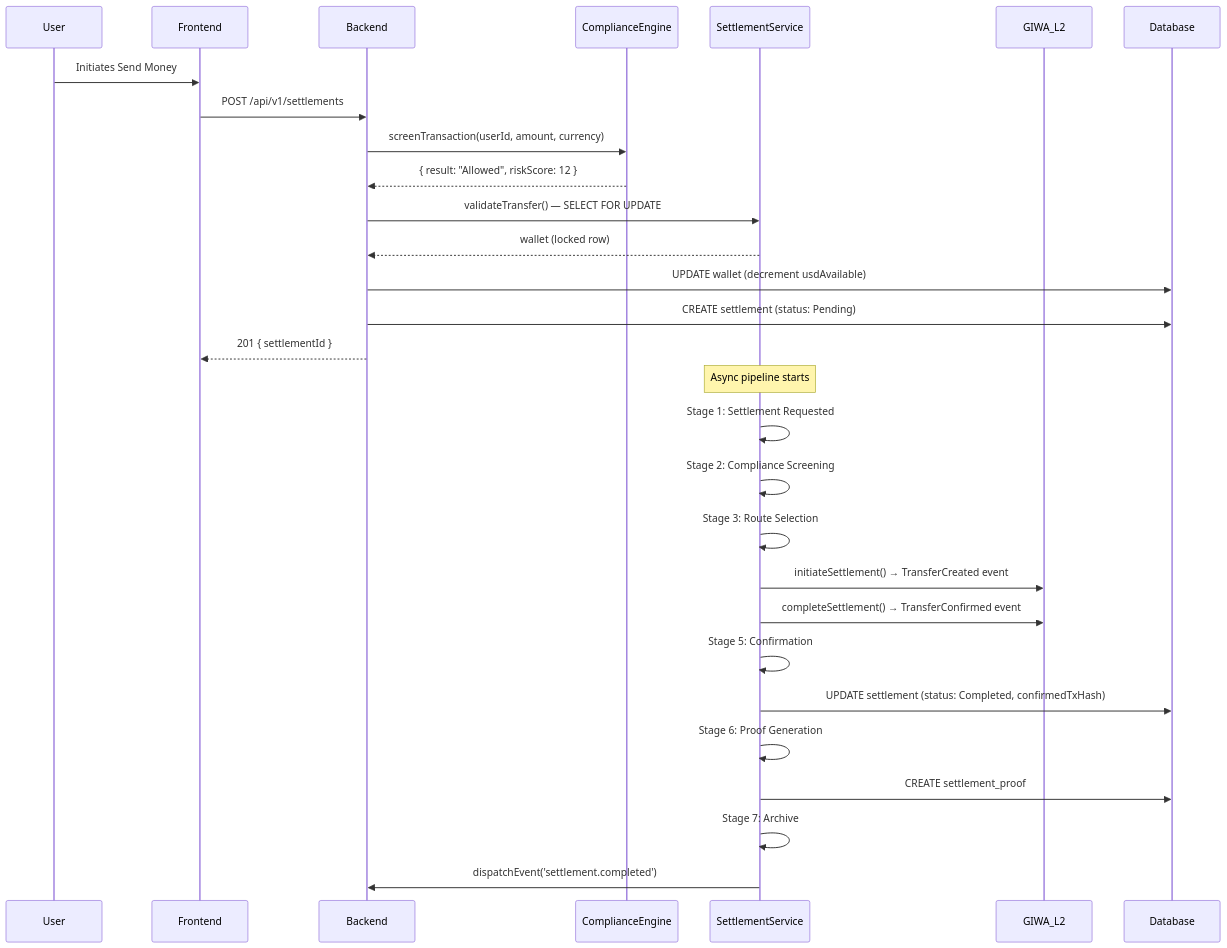
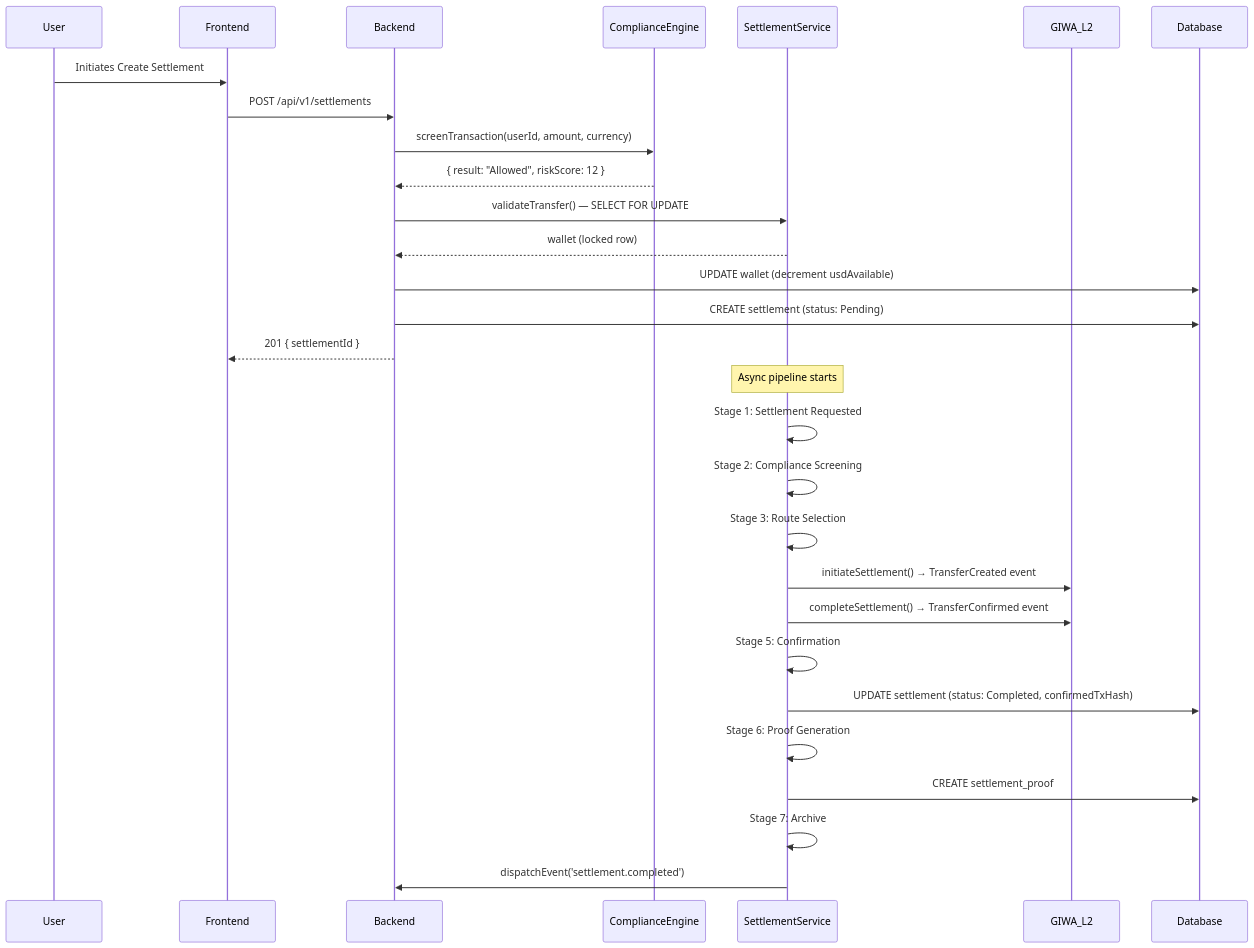
The second of 2 diagrams in docs/architecture/01-system-overview.md (0xaje/KorriPay), drawn with Mermaid before and after one commit. The commit also changed 26 other files, not shown here.

````diff
--- a/docs/architecture/01-system-overview.md
+++ b/docs/architecture/01-system-overview.md
@@ -99,33 +99,33 @@
 ```mermaid
 sequenceDiagram
     participant User
     participant Frontend
     participant Backend
     participant ComplianceEngine
     participant SettlementService
     participant GIWA_L2
     participant Database
 
-    User->>Frontend: Initiates Send Money
+    User->>Frontend: Initiates Create Settlement
     Frontend->>Backend: POST /api/v1/settlements
     Backend->>ComplianceEngine: screenTransaction(userId, amount, currency)
     ComplianceEngine-->>Backend: { result: "Allowed", riskScore: 12 }
     Backend->>SettlementService: validateTransfer() — SELECT FOR UPDATE
     SettlementService-->>Backend: wallet (locked row)
     Backend->>Database: UPDATE wallet (decrement usdAvailable)
     Backend->>Database: CREATE settlement (status: Pending)
     Backend-->>Frontend: 201 { settlementId }
 
     Note over SettlementService: Async pipeline starts
     SettlementService->>SettlementService: Stage 1: Settlement Requested
     SettlementService->>SettlementService: Stage 2: Compliance Screening
     SettlementService->>SettlementService: Stage 3: Route Selection
     SettlementService->>GIWA_L2: initiateSettlement() → TransferCreated event
     SettlementService->>GIWA_L2: completeSettlement() → TransferConfirmed event
     SettlementService->>SettlementService: Stage 5: Confirmation
     SettlementService->>Database: UPDATE settlement (status: Completed, confirmedTxHash)
     SettlementService->>SettlementService: Stage 6: Proof Generation
     SettlementService->>Database: CREATE settlement_proof
     SettlementService->>SettlementService: Stage 7: Archive
     SettlementService->>Backend: dispatchEvent('settlement.completed')
 ```
````
